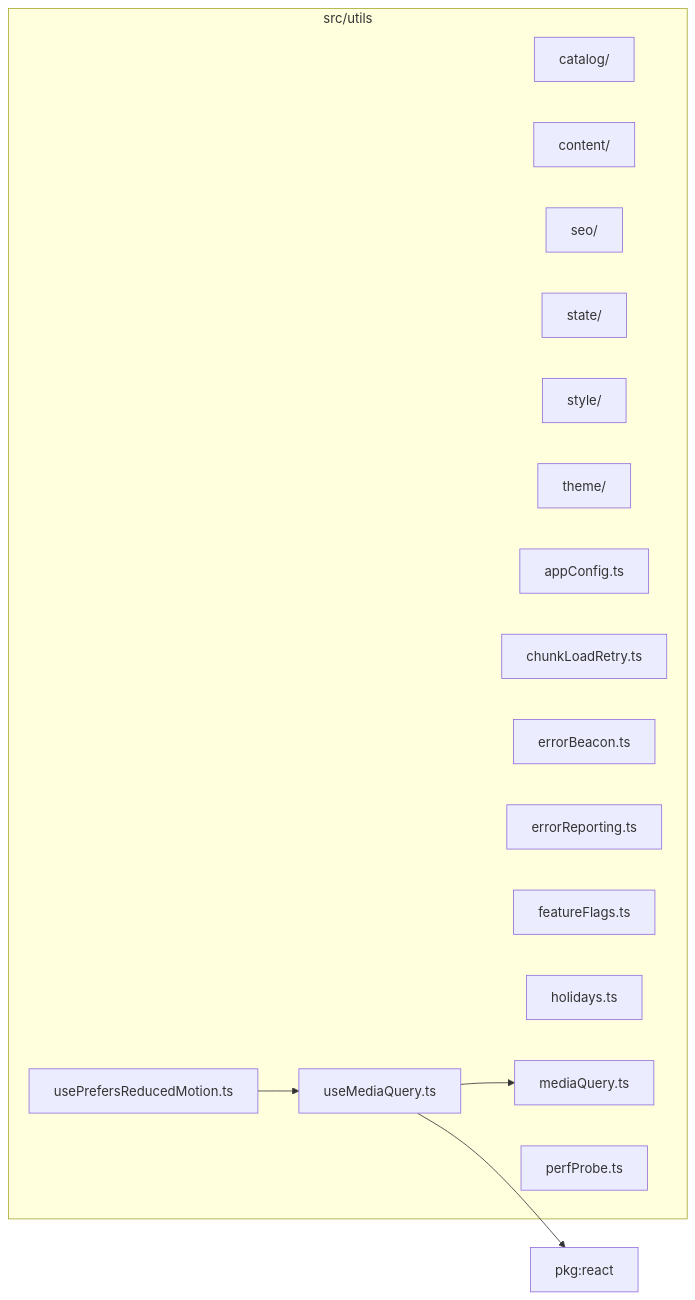
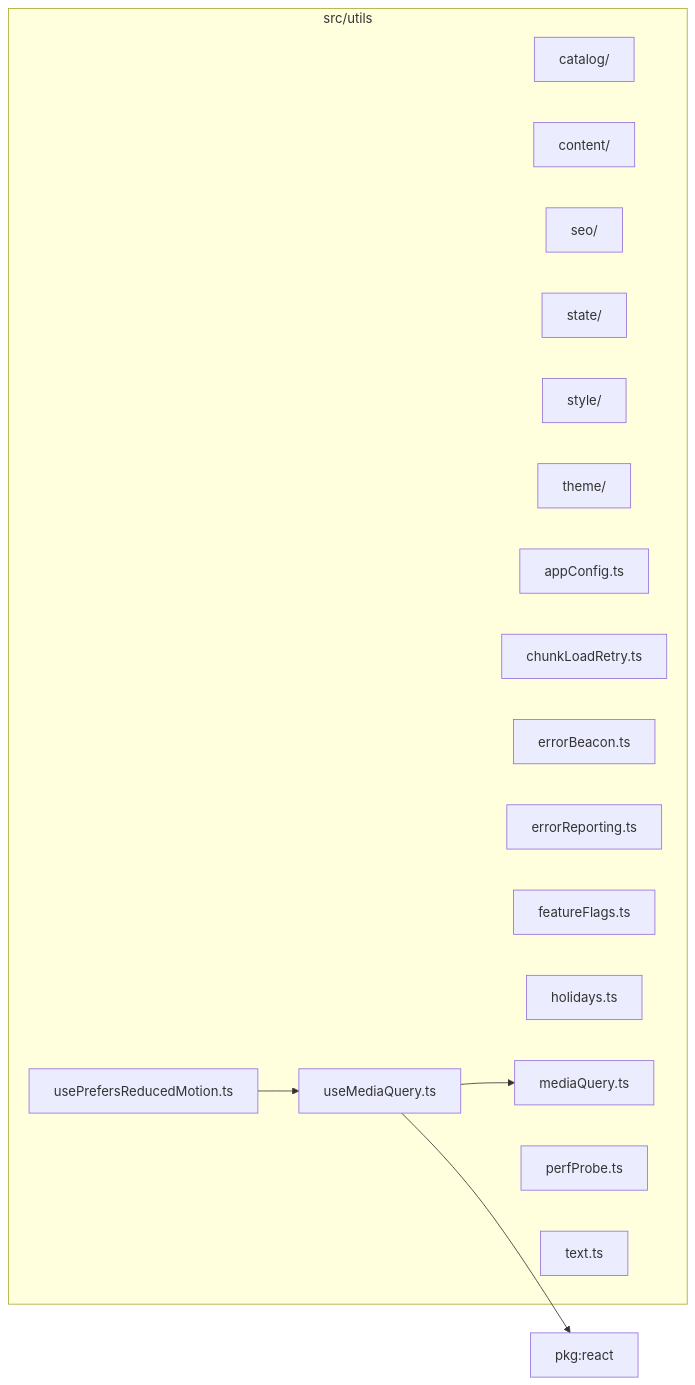
Before and after one commit to ronbuening/LensVisualizer: the diagram in src/utils/readme.md, drawn with Mermaid. The commit also changed other lines of this file and 20 other files, not shown here.

````diff
--- a/src/utils/readme.md
+++ b/src/utils/readme.md
@@ -9,25 +9,26 @@
 ```mermaid
 flowchart LR
   subgraph n_src_utils["src/utils"]
     n_src_utils_src_utils_catalog["catalog/"]
     n_src_utils_src_utils_content["content/"]
     n_src_utils_src_utils_seo["seo/"]
     n_src_utils_src_utils_state["state/"]
     n_src_utils_src_utils_style["style/"]
     n_src_utils_src_utils_theme["theme/"]
     n_src_utils_src_utils_appConfig_ts["appConfig.ts"]
     n_src_utils_src_utils_chunkLoadRetry_ts["chunkLoadRetry.ts"]
     n_src_utils_src_utils_errorBeacon_ts["errorBeacon.ts"]
     n_src_utils_src_utils_errorReporting_ts["errorReporting.ts"]
     n_src_utils_src_utils_featureFlags_ts["featureFlags.ts"]
     n_src_utils_src_utils_holidays_ts["holidays.ts"]
     n_src_utils_src_utils_mediaQuery_ts["mediaQuery.ts"]
     n_src_utils_src_utils_perfProbe_ts["perfProbe.ts"]
+    n_src_utils_src_utils_text_ts["text.ts"]
     n_src_utils_src_utils_useMediaQuery_ts["useMediaQuery.ts"]
     n_src_utils_src_utils_usePrefersReducedMotion_ts["usePrefersReducedMotion.ts"]
   end
   n_external_pkg_react["pkg:react"]
   n_src_utils_src_utils_useMediaQuery_ts --> n_external_pkg_react
   n_src_utils_src_utils_useMediaQuery_ts --> n_src_utils_src_utils_mediaQuery_ts
   n_src_utils_src_utils_usePrefersReducedMotion_ts --> n_src_utils_src_utils_useMediaQuery_ts
 ```
````
